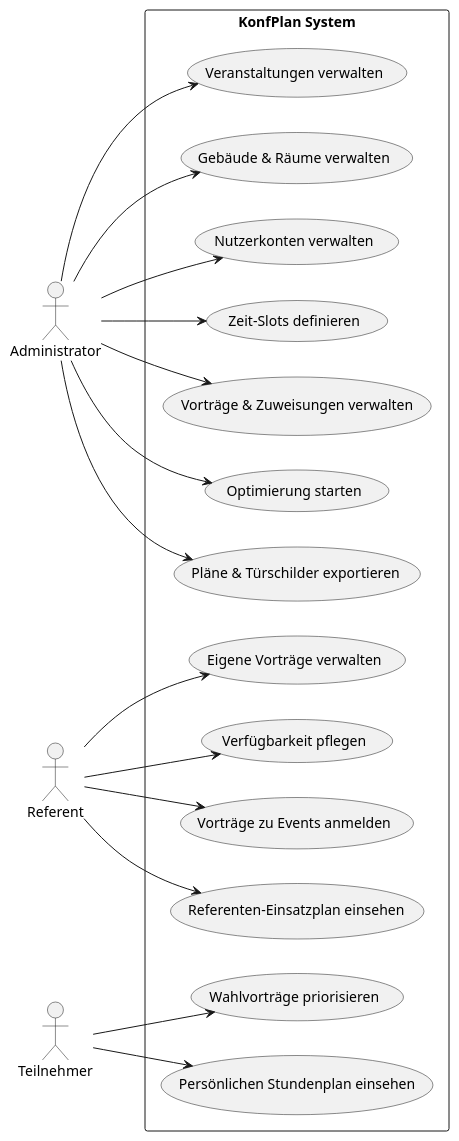
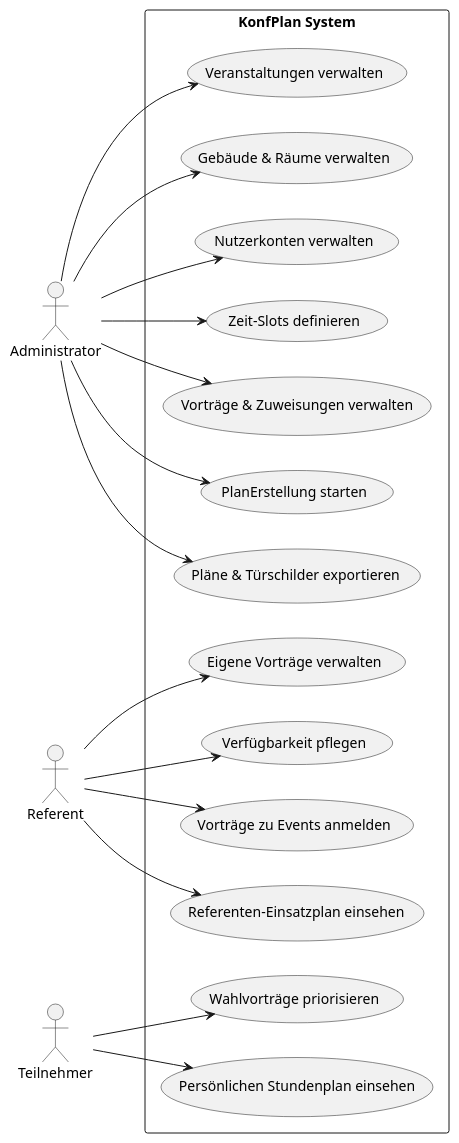
One commit to dylanaut/konfplan changed the diagram in backend/src/main/asciidoc/USE_CASES_gemini.adoc. Above: the diagram before and after it, drawn with PlantUML. The commit also changed other lines of this file and 98 other files, not shown here.

```diff
--- a/backend/src/main/asciidoc/USE_CASES_gemini.adoc
+++ b/backend/src/main/asciidoc/USE_CASES_gemini.adoc
@@ -11,45 +11,45 @@
 [plantuml, usecase-diagram, svg]
 ----
 @startuml
 left to right direction
 skinparam packageStyle rectangle
 
 actor "Administrator" as Admin
 actor "Referent" as Ref
 actor "Teilnehmer" as User
 
 package "KonfPlan System" {
   (Veranstaltungen verwalten) as UC1
   (Gebäude & Räume verwalten) as UC2
   (Nutzerkonten verwalten) as UC3
   (Zeit-Slots definieren) as UC4
   (Vorträge & Zuweisungen verwalten) as UC5
-  (Optimierung starten) as UC6
+  (PlanErstellung starten) as UC6
   (Pläne & Türschilder exportieren) as UC7
 
   (Eigene Vorträge verwalten) as UC8
   (Verfügbarkeit pflegen) as UC9
   (Vorträge zu Events anmelden) as UC10
   (Referenten-Einsatzplan einsehen) as UC11
 
   (Wahlvorträge priorisieren) as UC12
   (Persönlichen Stundenplan einsehen) as UC13
 }
 
 Admin --> UC1
 Admin --> UC2
 Admin --> UC3
 Admin --> UC4
 Admin --> UC5
 Admin --> UC6
 Admin --> UC7
 
 Ref --> UC8
 Ref --> UC9
 Ref --> UC10
 Ref --> UC11
 
 User --> UC12
 User --> UC13
 @enduml
 ----
```
